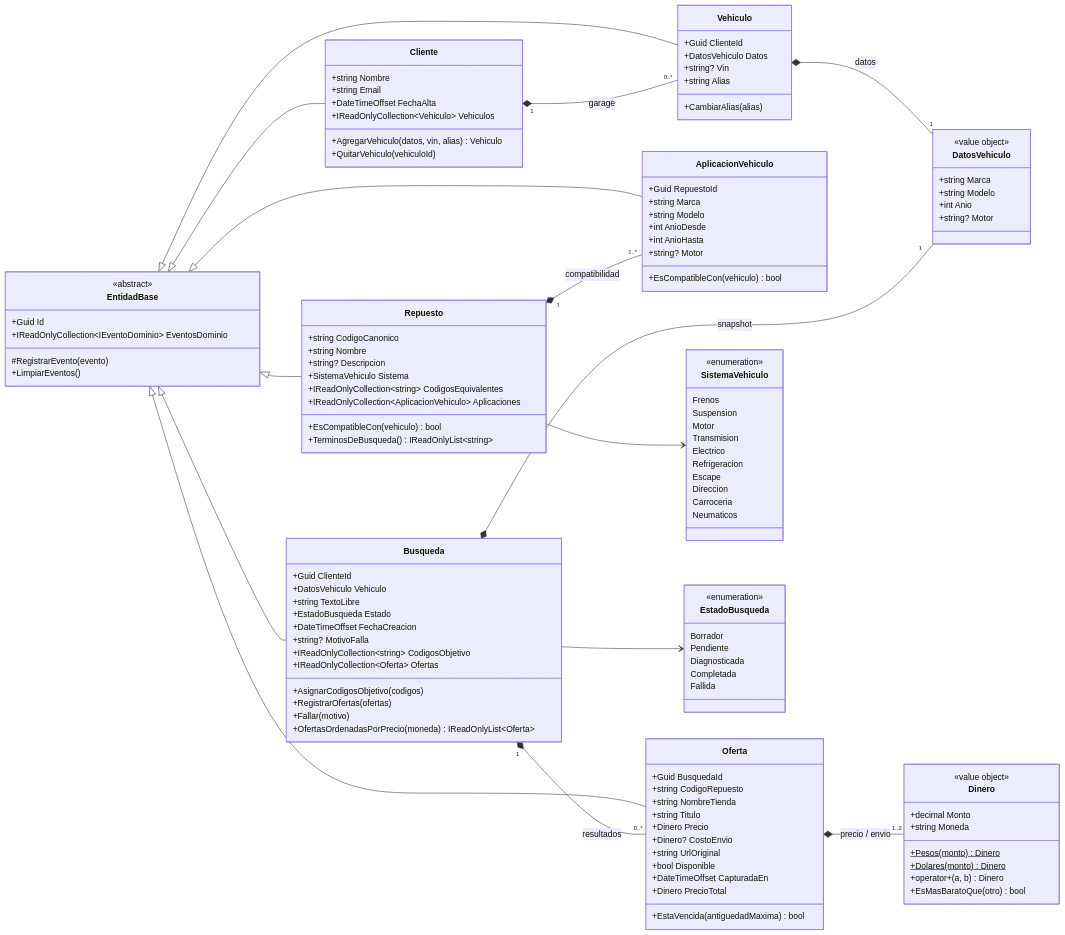
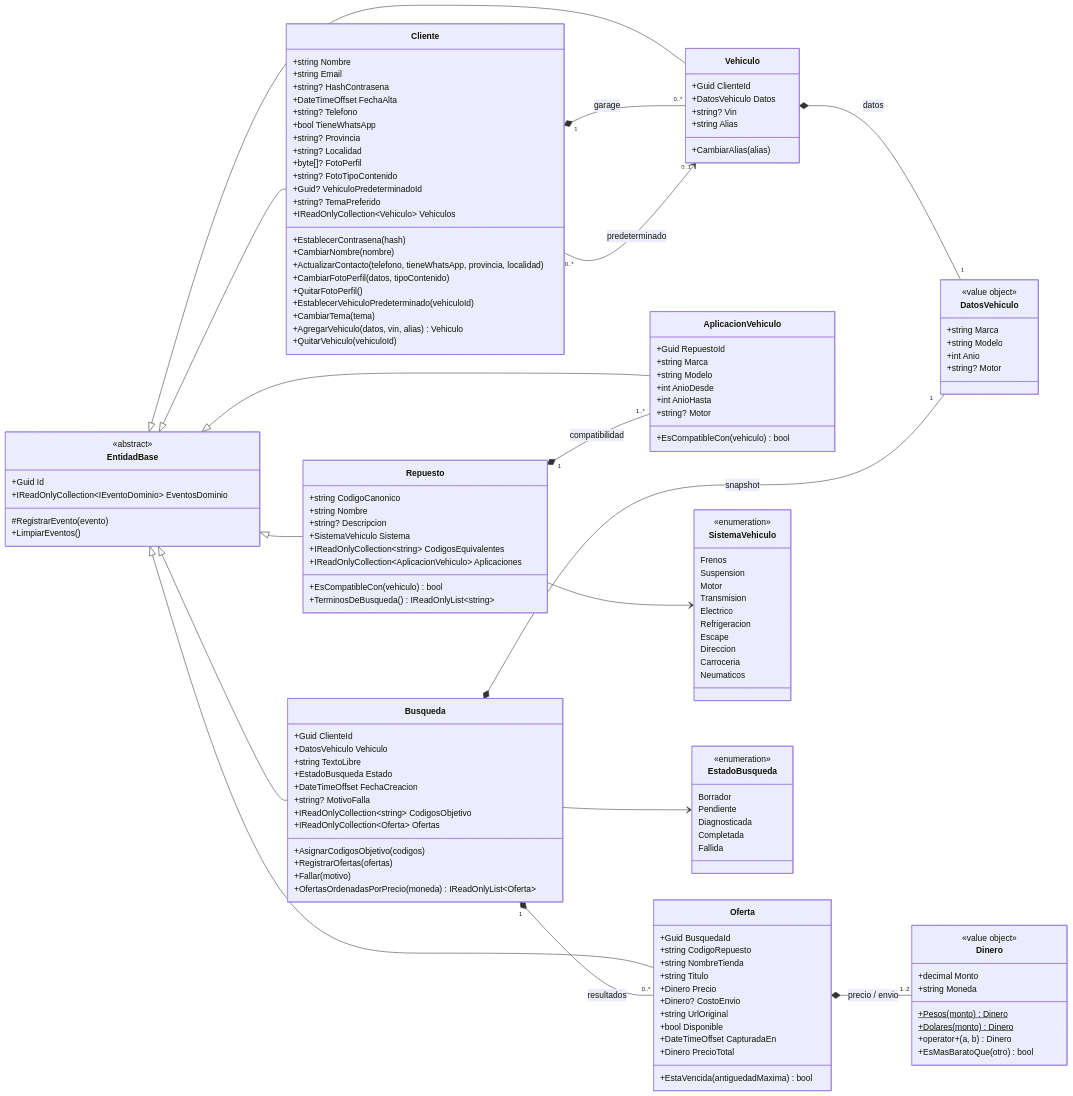
One commit to lfb-00/tp-apps-2 changed the diagram in docs/diagramas/clases.md. Above: the diagram before and after it, drawn with Mermaid. The commit also changed other lines of this file and 34 other files, not shown here.

Commit message:
feat: perfil de usuario, vehículo predeterminado y tema claro/oscuro

```diff
--- a/docs/diagramas/clases.md
+++ b/docs/diagramas/clases.md
@@ -50,8 +50,24 @@
     class Cliente {
         +string Nombre
         +string Email
+        +string? HashContrasena
         +DateTimeOffset FechaAlta
+        +string? Telefono
+        +bool TieneWhatsApp
+        +string? Provincia
+        +string? Localidad
+        +byte[]? FotoPerfil
+        +string? FotoTipoContenido
+        +Guid? VehiculoPredeterminadoId
+        +string? TemaPreferido
         +IReadOnlyCollection~Vehiculo~ Vehiculos
+        +EstablecerContrasena(hash)
+        +CambiarNombre(nombre)
+        +ActualizarContacto(telefono, tieneWhatsApp, provincia, localidad)
+        +CambiarFotoPerfil(datos, tipoContenido)
+        +QuitarFotoPerfil()
+        +EstablecerVehiculoPredeterminado(vehiculoId)
+        +CambiarTema(tema)
         +AgregarVehiculo(datos, vin, alias) Vehiculo
         +QuitarVehiculo(vehiculoId)
     }
@@ -145,6 +161,7 @@
     EntidadBase <|-- Oferta
 
     Cliente "1" *-- "0..*" Vehiculo : garage
+    Cliente "0..*" --> "0..1" Vehiculo : predeterminado
     Vehiculo *-- "1" DatosVehiculo : datos
     Repuesto "1" *-- "1..*" AplicacionVehiculo : compatibilidad
     Repuesto --> SistemaVehiculo
```
